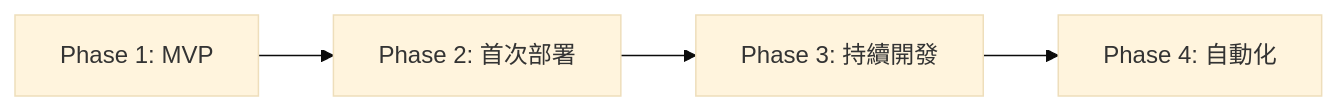
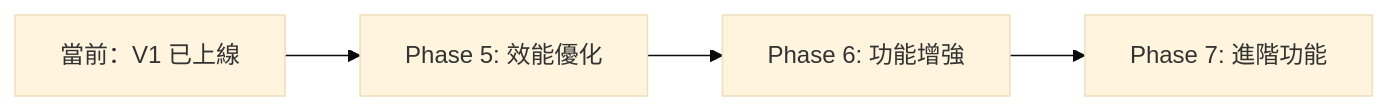
One commit to YuWenHao1212/azure_fastapi changed the first of 2 diagrams in CLAUDE.md. Above: the diagram before and after it, drawn with Mermaid (base theme). The commit also changed other lines of this file and 126 other files, not shown here.

````diff
--- a/CLAUDE.md
+++ b/CLAUDE.md
@@ -207,6 +298,6 @@
 ```mermaid
 graph LR
-    A[Phase 1: MVP] --> B[Phase 2: 首次部署]
-    B --> C[Phase 3: 持續開發]
-    C --> D[Phase 4: 自動化]
+    A[當前：V1 已上線] --> B[Phase 5: 效能優化]
+    B --> C[Phase 6: 功能增強]
+    C --> D[Phase 7: 進階功能]
 ```
````
